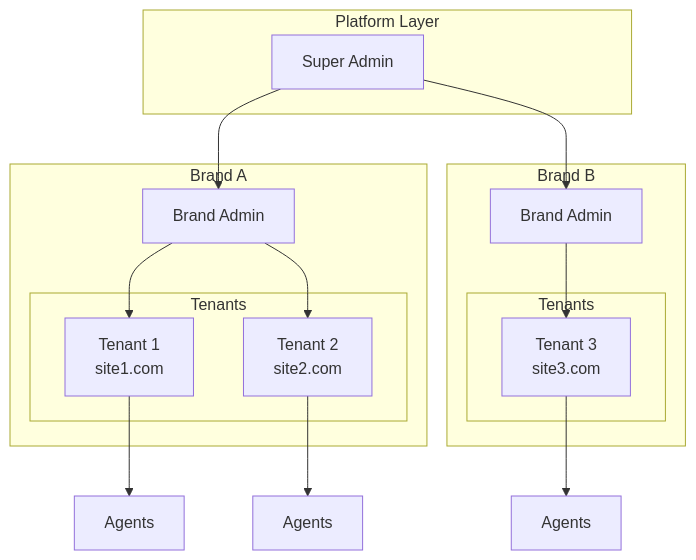
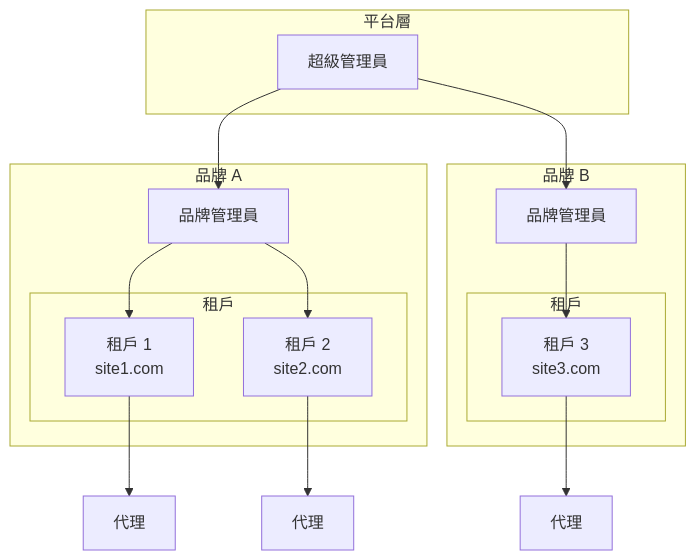
Before and after one commit to ron03wlb/smart-admin: the first of 4 diagrams in docs/iGaming/architecture/06_Platform_Core/Multi_Tenant_Architecture.md, drawn with Mermaid. The commit also changed other lines of this file and 4 other files, not shown here.

````diff
--- a/docs/iGaming/architecture/06_Platform_Core/Multi_Tenant_Architecture.md
+++ b/docs/iGaming/architecture/06_Platform_Core/Multi_Tenant_Architecture.md
@@ -12,31 +12,31 @@
 ```mermaid
 graph TB
-    subgraph Platform["Platform Layer"]
-        SA[Super Admin]
+    subgraph Platform["平台層"]
+        SA[超級管理員]
     end
 
-    subgraph Brand_A["Brand A"]
-        BA[Brand Admin]
-        subgraph Tenants_A["Tenants"]
-            T1[Tenant 1<br/>site1.com]
-            T2[Tenant 2<br/>site2.com]
+    subgraph Brand_A["品牌 A"]
+        BA[品牌管理員]
+        subgraph Tenants_A["租戶"]
+            T1[租戶 1<br/>site1.com]
+            T2[租戶 2<br/>site2.com]
         end
     end
 
-    subgraph Brand_B["Brand B"]
-        BB[Brand Admin]
-        subgraph Tenants_B["Tenants"]
-            T3[Tenant 3<br/>site3.com]
+    subgraph Brand_B["品牌 B"]
+        BB[品牌管理員]
+        subgraph Tenants_B["租戶"]
+            T3[租戶 3<br/>site3.com]
         end
     end
 
     SA --> BA
     SA --> BB
     BA --> T1
     BA --> T2
     BB --> T3
 
-    T1 --> A1[Agents]
-    T2 --> A2[Agents]
-    T3 --> A3[Agents]
+    T1 --> A1[代理]
+    T2 --> A2[代理]
+    T3 --> A3[代理]
 ```
````
